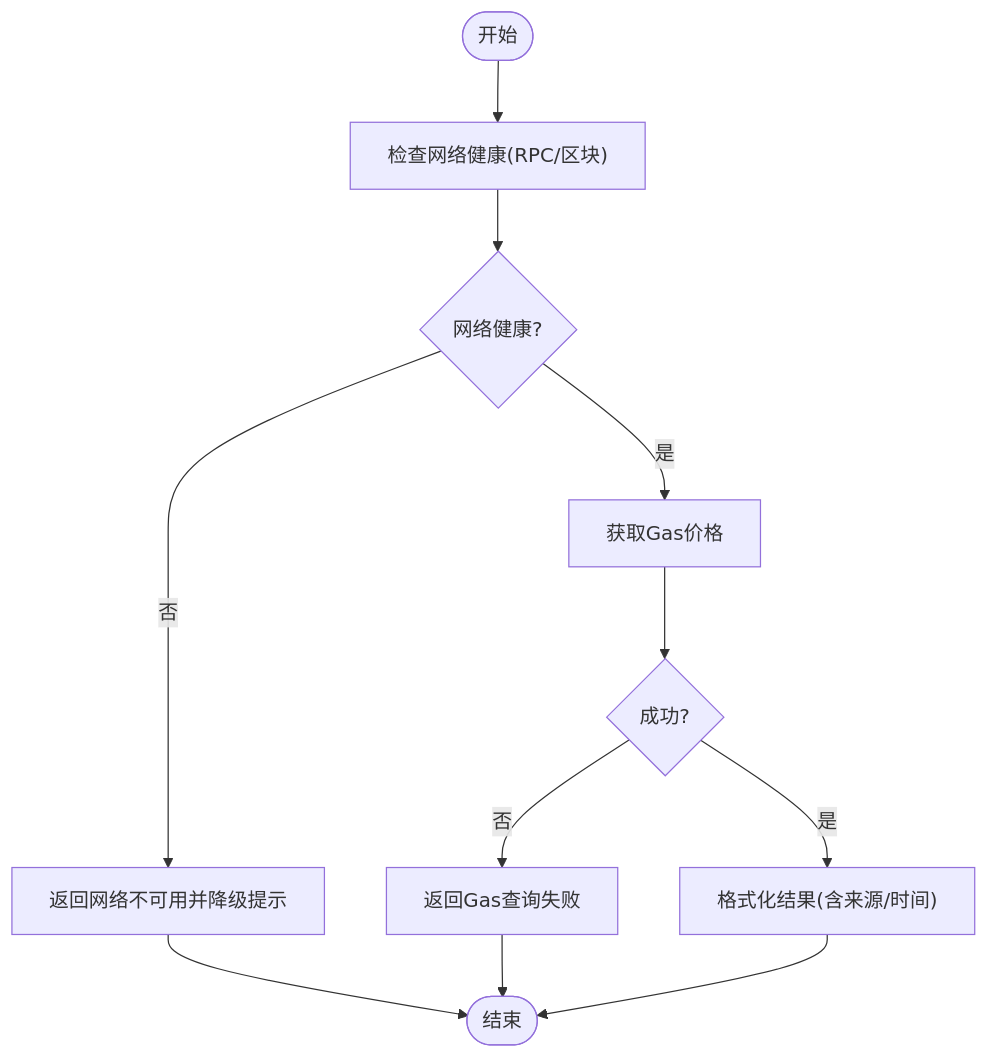
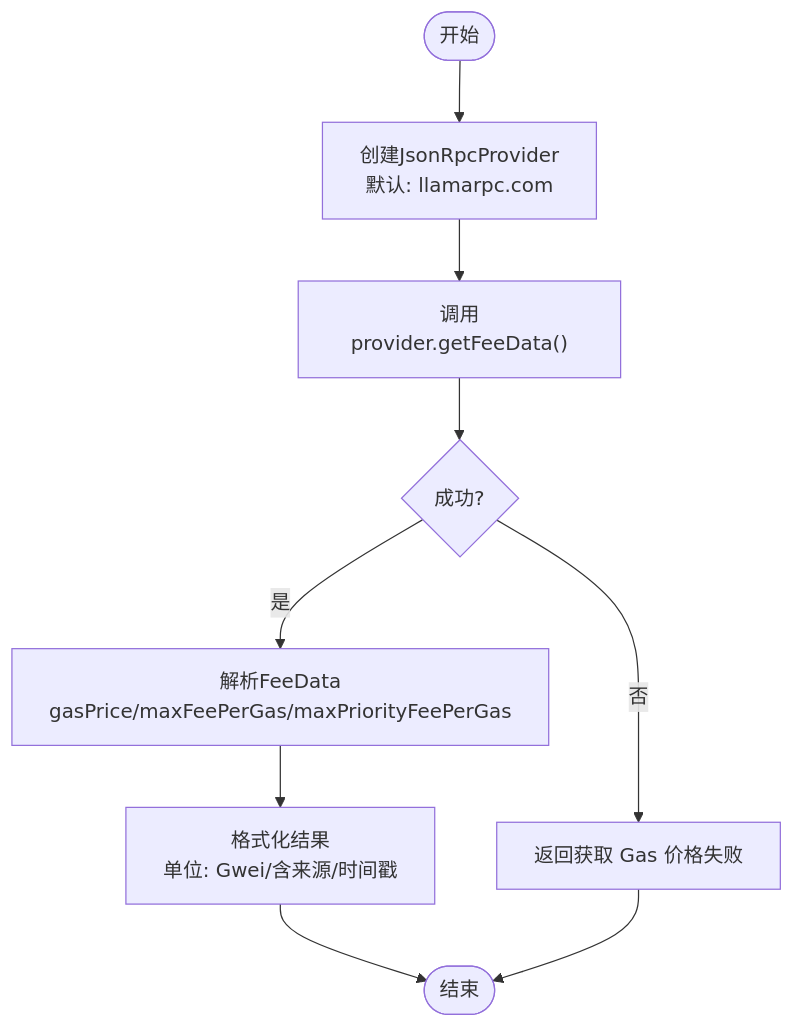
One commit to CryptoLinxu/Web3-AI-Agent changed the fifth of 6 diagrams in .qoder/repowiki/zh/content/Web3工具集成/Web3工具集成.md. Above: the diagram before and after it, drawn with Mermaid. The commit also changed other lines of this file and 6 other files, not shown here.

````diff
--- a/.qoder/repowiki/zh/content/Web3工具集成/Web3工具集成.md
+++ b/.qoder/repowiki/zh/content/Web3工具集成/Web3工具集成.md
@@ -209,13 +237,11 @@
 ```mermaid
 flowchart TD
-Start(["开始"]) --> Health["检查网络健康(RPC/区块)"]
-Health --> Healthy{"网络健康?"}
-Healthy --> |否| Degraded["返回网络不可用并降级提示"]
-Healthy --> |是| Fetch["获取Gas价格"]
-Fetch --> Ok{"成功?"}
-Ok --> |否| ErrGas["返回Gas查询失败"]
-Ok --> |是| Format["格式化结果(含来源/时间)"]
+Start(["开始"]) --> CreateProvider["创建JsonRpcProvider<br/>默认: llamarpc.com"]
+CreateProvider --> GetFee["调用provider.getFeeData()"]
+GetFee --> FeeOk{"成功?"}
+FeeOk --> |否| ErrFee["返回获取 Gas 价格失败"]
+FeeOk --> |是| Parse["解析FeeData<br/>gasPrice/maxFeePerGas/maxPriorityFeePerGas"]
+Parse --> Format["格式化结果<br/>单位: Gwei/含来源/时间戳"]
 Format --> Done(["结束"])
-Degraded --> Done
-ErrGas --> Done
+ErrFee --> Done
 ```
````
